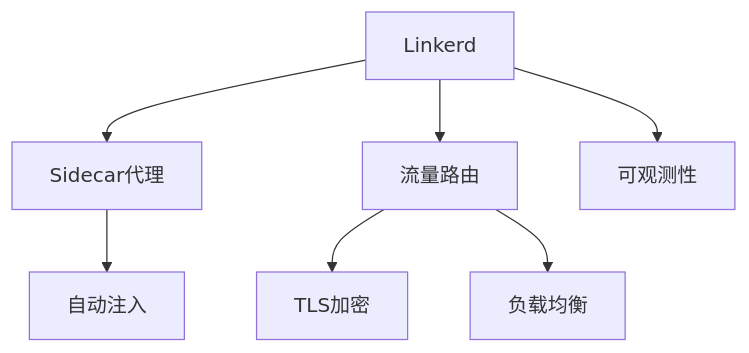
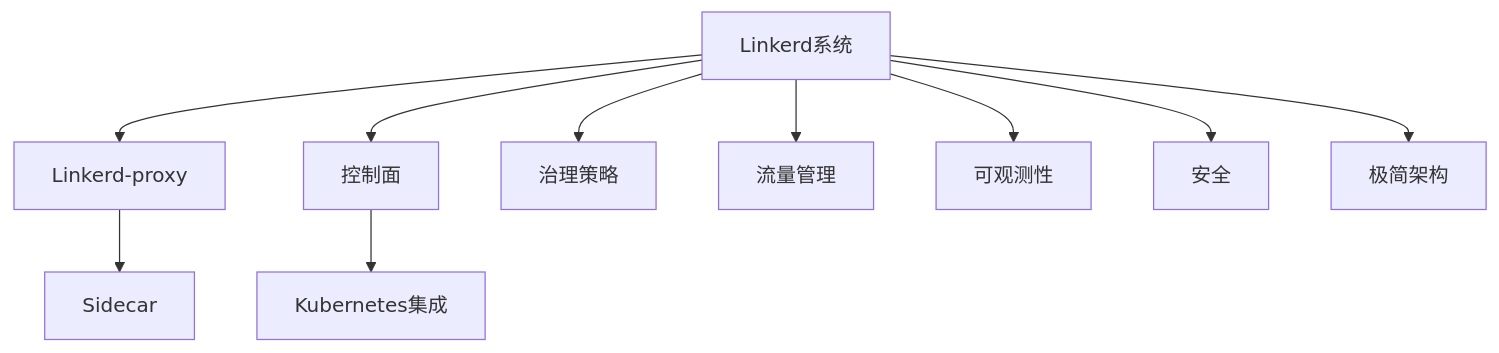
Before and after one commit to AdaMartin18010/SystemOSIOT: the diagram in 7.容器与微服务/7.1 知识梳理/7.1.6.2.1.2 Linkerd原理与应用.md, drawn with Mermaid. The commit also changed other lines of this file and 19 other files, not shown here.

````diff
--- a/7.容器与微服务/7.1 知识梳理/7.1.6.2.1.2 Linkerd原理与应用.md
+++ b/7.容器与微服务/7.1 知识梳理/7.1.6.2.1.2 Linkerd原理与应用.md
@@ -40,9 +43,12 @@
 ```mermaid
-graph TD
-    A[Linkerd] --> B[Sidecar代理]
-    A --> C[流量路由]
-    B --> D[自动注入]
-    C --> E[TLS加密]
-    C --> F[负载均衡]
-    A --> G[可观测性]
+graph TD;
+  Linkerd[Linkerd系统] --> Proxy[Linkerd-proxy];
+  Linkerd --> ControlPlane[控制面];
+  Linkerd --> Policy[治理策略];
+  Linkerd --> Traffic[流量管理];
+  Linkerd --> Observability[可观测性];
+  Linkerd --> Security[安全];
+  Linkerd --> Simplicity[极简架构];
+  Proxy --> Sidecar[Sidecar];
+  ControlPlane --> K8s[Kubernetes集成];
 ```
````
